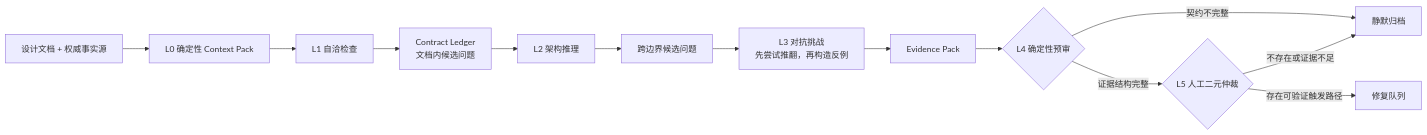
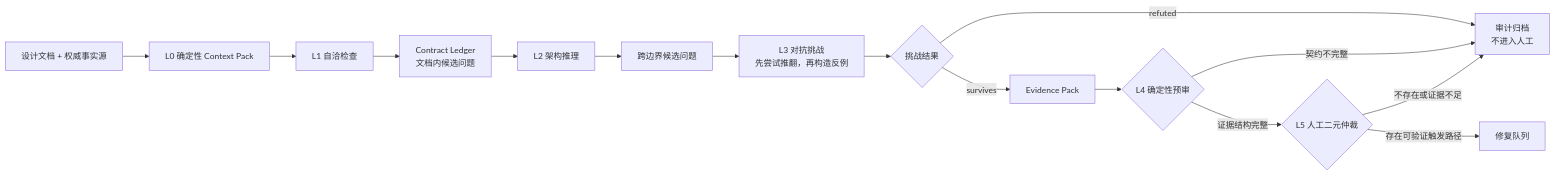
Before and after one commit to PANYUXIN6/TX-holdem-coach: the diagram in docs/superpowers/specs/2026-07-31-layered-contract-design-review-skill-design.md, drawn with Mermaid. The commit also changed other lines of this file, not shown here.

````diff
--- a/docs/superpowers/specs/2026-07-31-layered-contract-design-review-skill-design.md
+++ b/docs/superpowers/specs/2026-07-31-layered-contract-design-review-skill-design.md
@@ -84,15 +90,17 @@
 ```mermaid
 flowchart LR
     D["设计文档 + 权威事实源"] --> P["L0 确定性 Context Pack"]
     P --> S["L1 自洽检查"]
     S --> C["Contract Ledger<br/>文档内候选问题"]
     C --> A["L2 架构推理"]
     A --> R["跨边界候选问题"]
     R --> X["L3 对抗挑战<br/>先尝试推翻，再构造反例"]
-    X --> E["Evidence Pack"]
+    X --> O{"挑战结果"}
+    O -->|refuted| N["审计归档<br/>不进入人工"]
+    O -->|survives| E["Evidence Pack"]
     E --> G{"L4 确定性预审"}
-    G -->|契约不完整| N["静默归档"]
+    G -->|契约不完整| N
     G -->|证据结构完整| H{"L5 人工二元仲裁"}
     H -->|存在可验证触发路径| Q["修复队列"]
     H -->|不存在或证据不足| N
 ```
````
